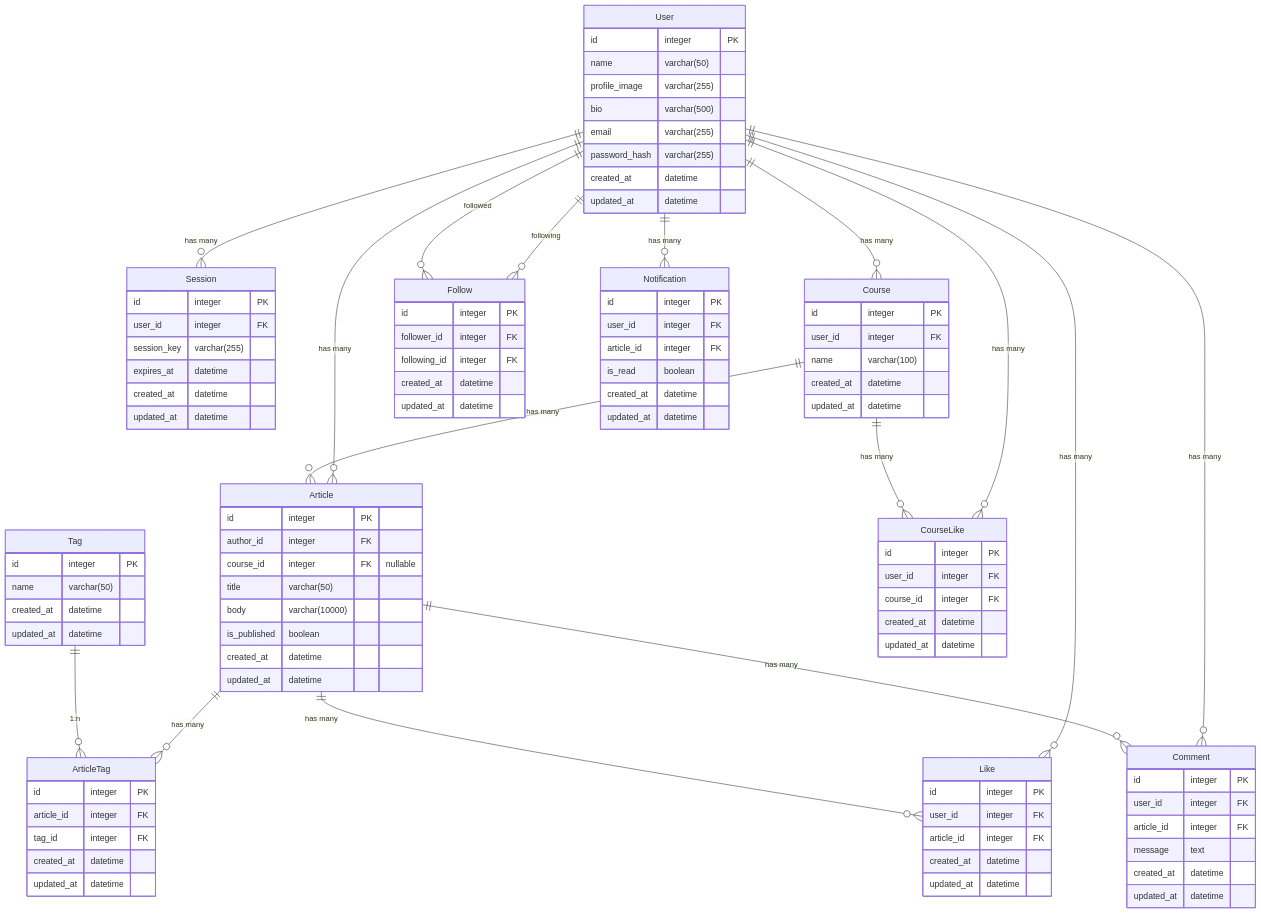
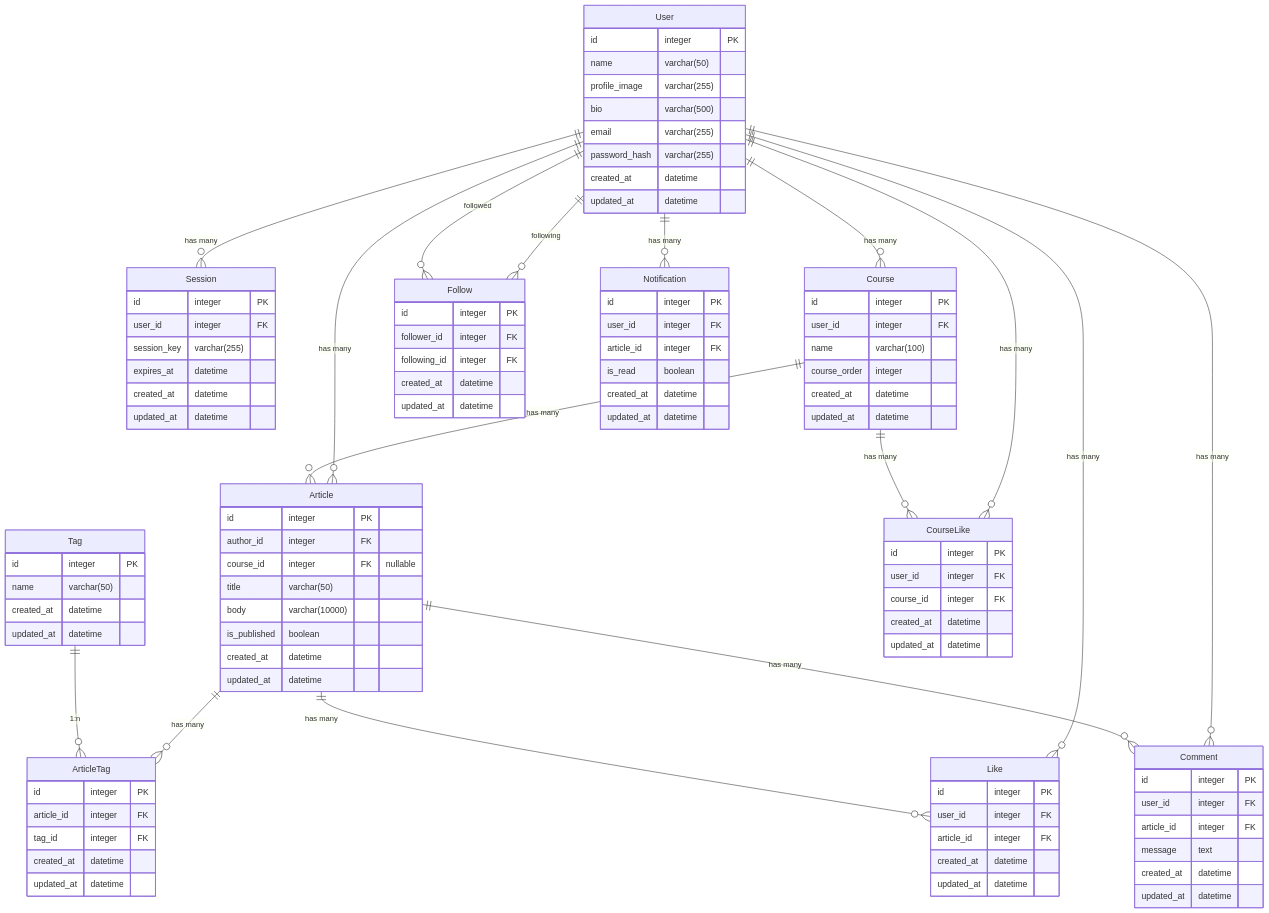
One commit to doguto/nari-note changed the diagram in nari-note-backend/Documents/er-diagram.md. Above: the diagram before and after it, drawn with Mermaid. The commit also changed 3 other files, not shown here.

```diff
--- a/nari-note-backend/Documents/er-diagram.md
+++ b/nari-note-backend/Documents/er-diagram.md
@@ -78,6 +78,7 @@
     id integer PK
     user_id integer FK
     name varchar(100)
+    course_order integer
     created_at datetime
     updated_at datetime
 }
```
